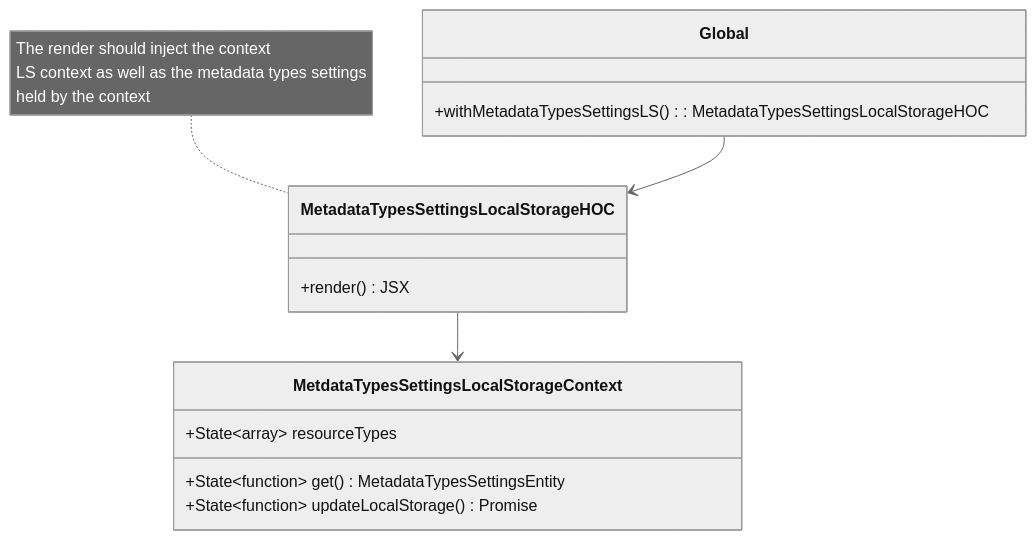
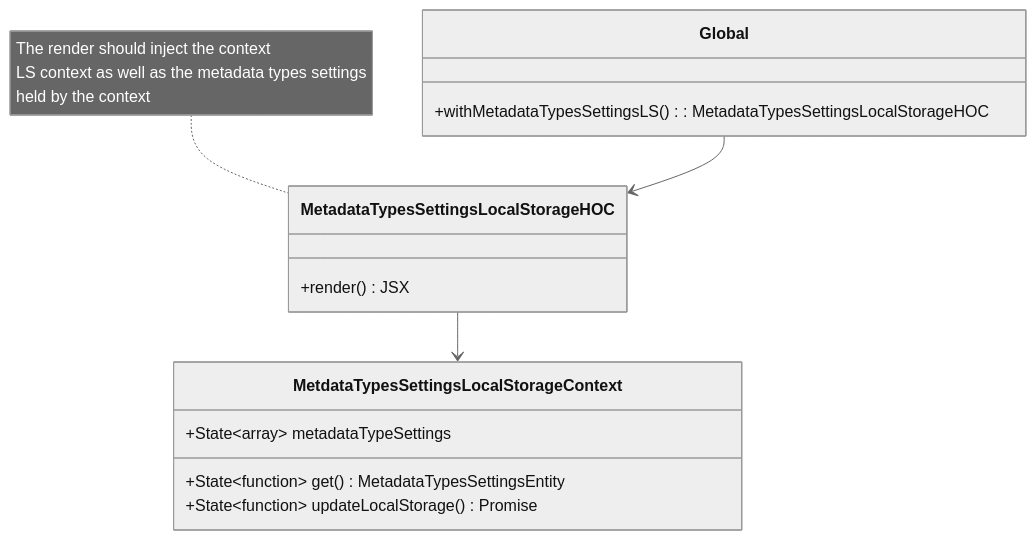
Before and after one commit to passbolt/passbolt_styleguide: the diagram in doc/metadata-type-settings-local-storage-context-hoc.md, drawn with Mermaid. The commit also changed 5 other files, not shown here.

Commit message:
PB-35701 WP3-4.8 WebApp/QuickApp lazy loads metadata types settings and provide it to components that need them

````diff
--- a/doc/metadata-type-settings-local-storage-context-hoc.md
+++ b/doc/metadata-type-settings-local-storage-context-hoc.md
@@ -1,21 +1,21 @@
 ```mermaid
 %%{init: {'theme':'neutral'}}%%
 classDiagram
     class MetdataTypesSettingsLocalStorageContext{
         +State~function~ get() MetadataTypesSettingsEntity
-        +State~array~ resourceTypes
+        +State~array~ metadataTypeSettings
         +State~function~ updateLocalStorage() Promise
     }
 
     class Global{
         +withMetadataTypesSettingsLS(): MetadataTypesSettingsLocalStorageHOC
     }
 
     note for MetadataTypesSettingsLocalStorageHOC "The render should inject the context <br>LS context as well as the metadata types settings <br> held by the context"
     class MetadataTypesSettingsLocalStorageHOC{
         +render() JSX
     }
 
     Global-->MetadataTypesSettingsLocalStorageHOC
     MetadataTypesSettingsLocalStorageHOC-->MetdataTypesSettingsLocalStorageContext
 ```
````
